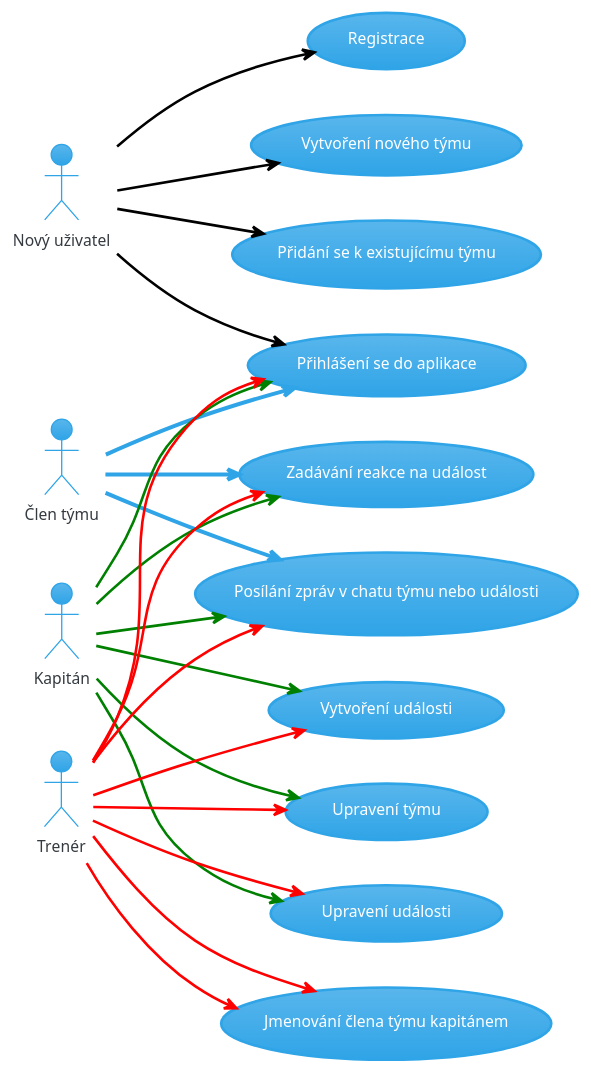
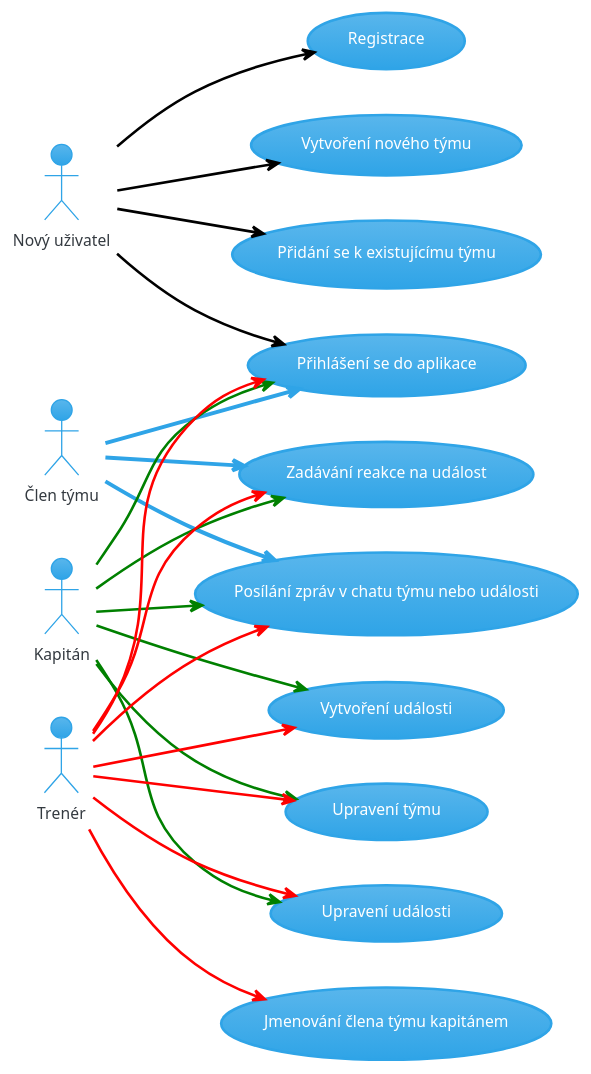
The first of 2 diagrams in README.md (david19au/smudlove-tymova-prace), drawn with PlantUML before and after one commit. The commit also changed other lines of this file, not shown here.

````diff
--- a/README.md
+++ b/README.md
@@ -37,46 +33,45 @@
 ```plantuml
 !theme cerulean
 
 left to right direction
 :Nový uživatel: as newUser
 :Člen týmu: as teamMember
 :Kapitán: as captain
 :Trenér: as trainer
 
 
 usecase "Registrace" as register
 usecase "Vytvoření nového týmu" as createTeam
 usecase "Přidání se k existujícímu týmu" as joinTeam
 usecase "Přihlášení se do aplikace" as login
 usecase "Zadávání reakce na událost" as rsvp
 usecase "Posílání zpráv v chatu týmu nebo události" as chat
 usecase "Vytvoření události" as createEvent
 usecase "Upravení týmu" as modifyTeamMembers
 usecase "Upravení události" as modifyEvent
 usecase "Jmenování člena týmu kapitánem" as delegateCaptain
 
 newUser -[#black,thickness=2]-> register
 newUser -[#black,thickness=2]-> createTeam
 newUser -[#black,thickness=2]-> joinTeam
 newUser -[#black,thickness=2]-> login
 
 teamMember --> login
 teamMember --> rsvp
 teamMember --> chat
 
 captain -[#green,thickness=2]-> login
 captain -[#green,thickness=2]-> rsvp
 captain -[#green,thickness=2]-> chat
 captain -[#green,thickness=2]-> createEvent
 captain -[#green,thickness=2]-> modifyTeamMembers
 captain -[#green,thickness=2]-> modifyEvent
 
 trainer -[#red,thickness=2]-> login
 trainer -[#red,thickness=2]-> rsvp
 trainer -[#red,thickness=2]-> chat
 trainer -[#red,thickness=2]-> createEvent
 trainer -[#red,thickness=2]-> modifyTeamMembers
 trainer -[#red,thickness=2]-> modifyEvent
 trainer -[#red,thickness=2]-> delegateCaptain
-trainer -[#red,thickness=2]-> delegateCaptain
 ```
````
